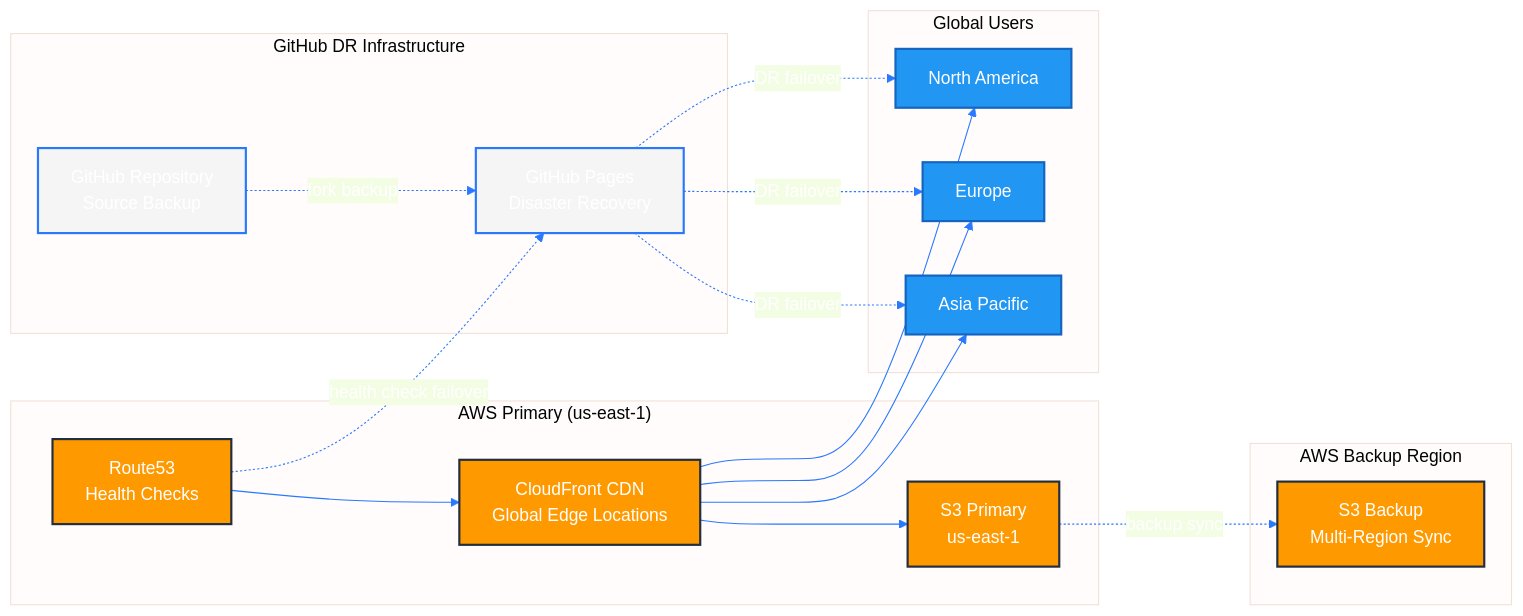
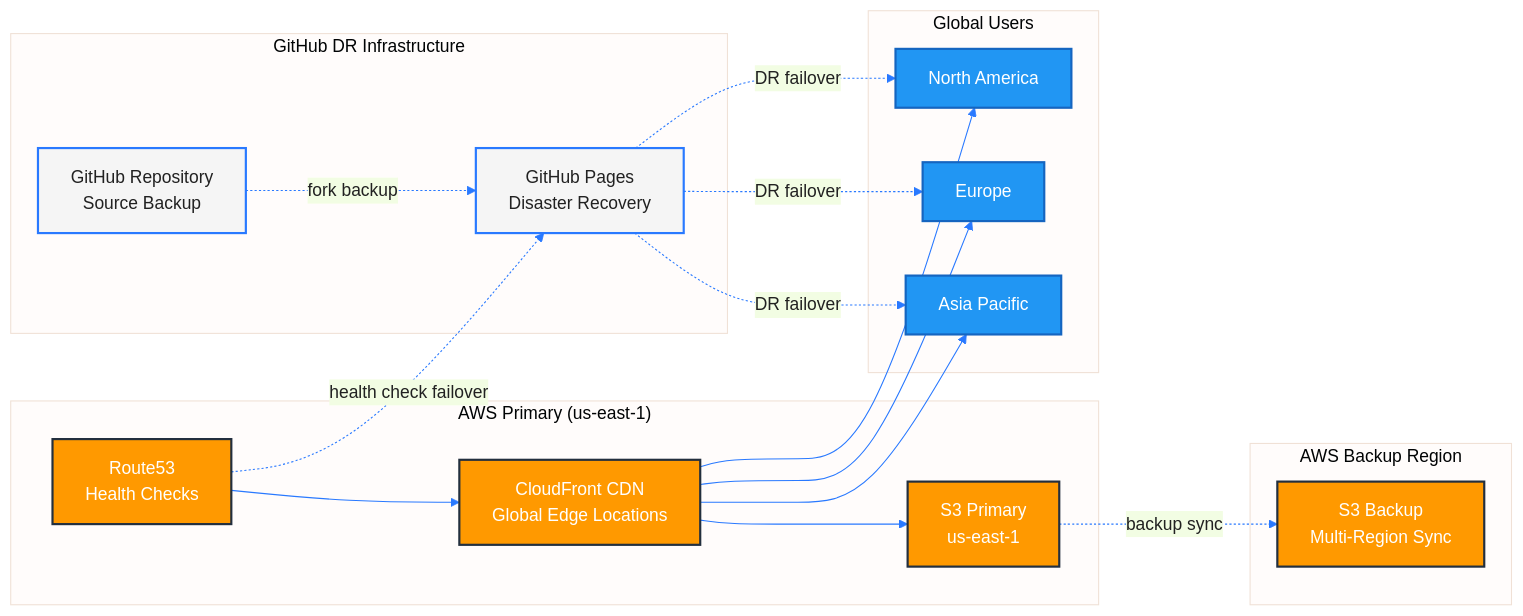
Before and after one commit to Hack23/blacktrigram: the sixth of 7 diagrams in BCPPlan.md, drawn with Mermaid. The commit also changed other lines of this file and 1 other file, not shown here.

First line of the commit message:
fix: improve text contrast for light primaryColor backgrounds in BCPPlan and FUTURE_THREAT_MODEL

````diff
--- a/BCPPlan.md
+++ b/BCPPlan.md
@@ -635,55 +635,55 @@
 ```mermaid
 %%{
   init: {
     'theme': 'base',
     'themeVariables': {
       'primaryColor': '#e3f2fd',
-      'primaryTextColor': '#fff',
+      'primaryTextColor': '#212121',
       'lineColor': '#2979FF'
     }
   }
 }%%
 graph LR
     subgraph "AWS Primary (us-east-1)"
         CF[CloudFront CDN<br/>Global Edge Locations]
         S3US[S3 Primary<br/>us-east-1]
         R53[Route53<br/>Health Checks]
     end
     
     subgraph "AWS Backup Region"
         S3BACKUP[S3 Backup<br/>Multi-Region Sync]
     end
     
     subgraph "GitHub DR Infrastructure"
         GHP[GitHub Pages<br/>Disaster Recovery]
         GHR[GitHub Repository<br/>Source Backup]
     end
     
     subgraph "Global Users"
         US[North America]
         EU[Europe]
         AS[Asia Pacific]
     end
     
     R53 --> CF
     CF --> S3US
     S3US -.backup sync.-> S3BACKUP
     R53 -.health check failover.-> GHP
     GHR -.fork backup.-> GHP
     
     CF --> US
     CF --> EU
     CF --> AS
     
     GHP -.DR failover.-> US
     GHP -.DR failover.-> EU
     GHP -.DR failover.-> AS
     
     classDef aws fill:#FF9900,stroke:#232F3E,stroke-width:2px,color:white;
     classDef github fill:#f5f5f5,stroke:#2979FF,stroke-width:2px;
     classDef users fill:#2196F3,stroke:#1565C0,stroke-width:2px,color:white;
     
     class CF,S3US,S3BACKUP,R53 aws;
     class GHP,GHR github;
     class US,EU,AS users;
 ```
````
